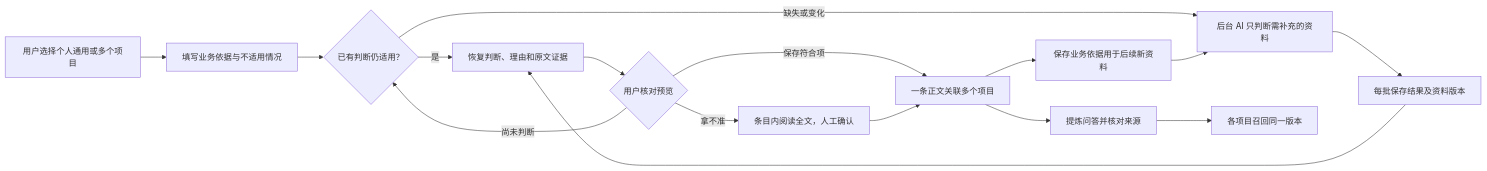
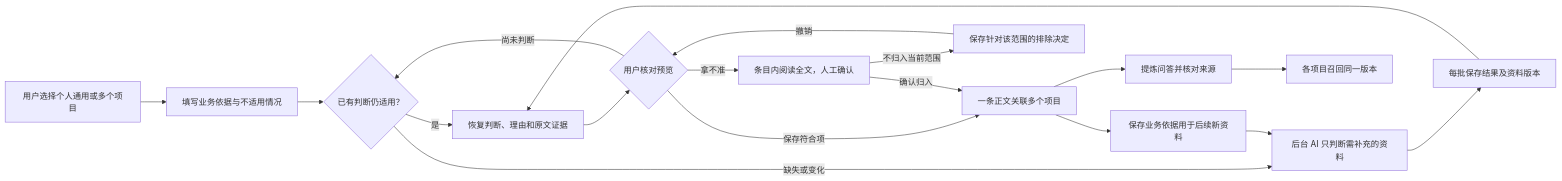
One commit to 1942293420/Evolvmem_MCP changed the second of 2 diagrams in docs/context-core.md. Above: the diagram before and after it, drawn with Mermaid. The commit also changed other lines of this file and 11 other files, not shown here.

````diff
--- a/docs/context-core.md
+++ b/docs/context-core.md
@@ -186,18 +188,20 @@
 ```mermaid
 flowchart LR
   A[用户选择个人通用或多个项目] --> B[填写业务依据与不适用情况]
   B --> K{已有判断仍适用？}
   K -->|是| D[恢复判断、理由和原文证据]
   K -->|缺失或变化| C[后台 AI 只判断需补充的资料]
   C --> L[每批保存结果及资料版本]
   L --> D
   D --> E{用户核对预览}
   E -->|保存符合项| F[一条正文关联多个项目]
   E -->|拿不准| G[条目内阅读全文，人工确认]
-  G --> F
+  G -->|确认归入| F
+  G -->|不归入当前范围| N[保存针对该范围的排除决定]
+  N -->|撤销| E
   E -->|尚未判断| K
   F --> H[提炼问答并核对来源]
   H --> I[各项目召回同一版本]
   F --> J[保存业务依据用于后续新资料]
   J --> C
 ```
````
